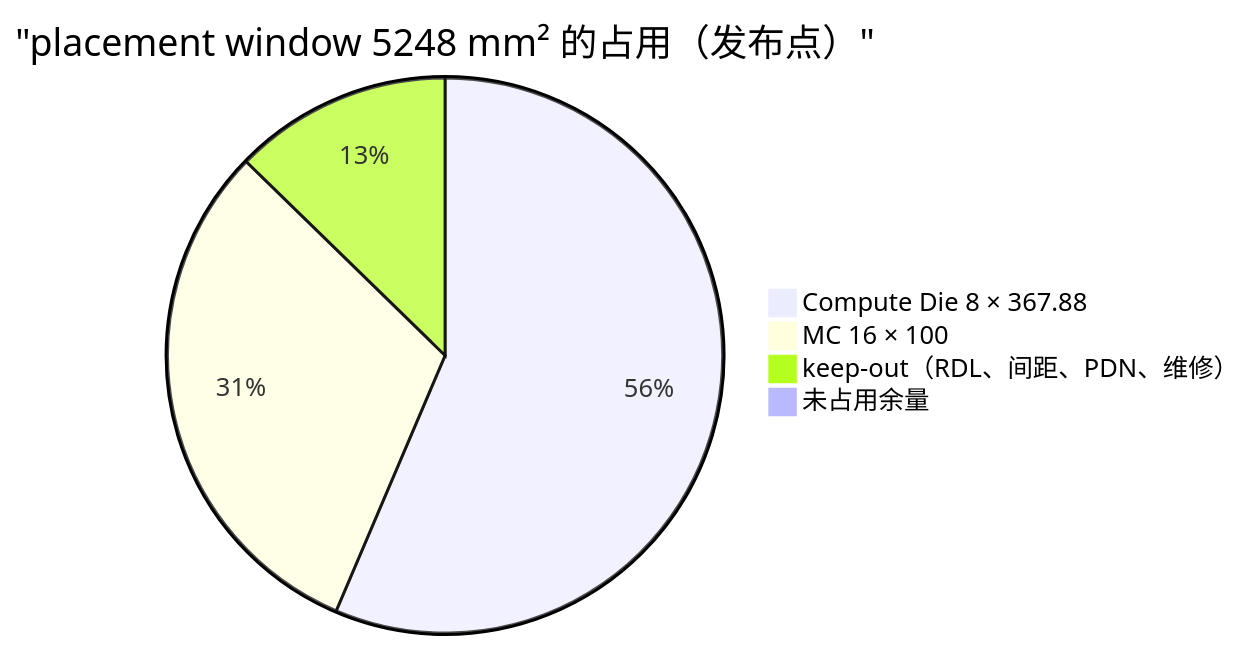
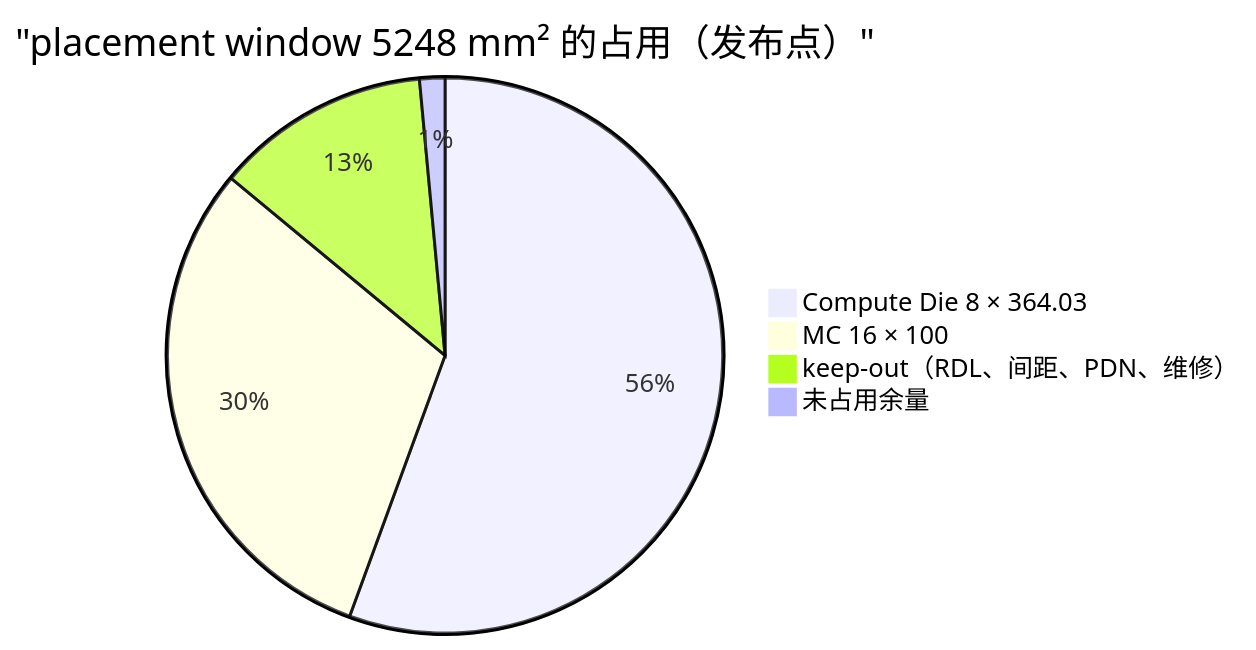
The first of 7 diagrams in teams/hardware/docs/09_PACKAGE_POWER_RAS.md (xqdan/xihu), drawn with Mermaid before and after one commit. The commit also changed other lines of this file and 36 other files, not shown here.

````diff
--- a/teams/hardware/docs/09_PACKAGE_POWER_RAS.md
+++ b/teams/hardware/docs/09_PACKAGE_POWER_RAS.md
@@ -38,7 +38,7 @@
 ```mermaid
 pie title "placement window 5248 mm² 的占用（发布点）"
-  "Compute Die 8 × 367.88" : 2922.73
+  "Compute Die 8 × 364.03" : 2922.73
   "MC 16 × 100" : 1600
   "keep-out（RDL、间距、PDN、维修）" : 658.10
-  "未占用余量" : 46.83
+  "未占用余量" : 77.64
 ```
````
